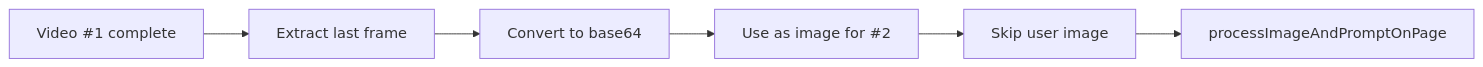
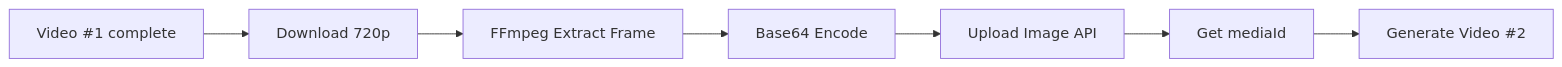
The seventh of 7 diagrams in 00 - Documentation/04_Workflows/WORKFLOW_TAB_02_IMAGE_TO_VIDEO.md (lynkvproerror/vadveopromax), drawn with Mermaid before and after one commit. The commit also changed other lines of this file and 107 other files, not shown here.

````diff
--- a/00 - Documentation/04_Workflows/WORKFLOW_TAB_02_IMAGE_TO_VIDEO.md
+++ b/00 - Documentation/04_Workflows/WORKFLOW_TAB_02_IMAGE_TO_VIDEO.md
@@ -331,8 +333,9 @@
 ```mermaid
 flowchart LR
-    A[Video #1 complete] --> B[Extract last frame]
-    B --> C[Convert to base64]
-    C --> D[Use as image for #2]
-    D --> E[Skip user image]
-    E --> F[processImageAndPromptOnPage]
+    A[Video #1 complete] --> B[Download 720p]
+    B --> C[FFmpeg Extract Frame]
+    C --> D[Base64 Encode]
+    D --> E[Upload Image API]
+    E --> F[Get mediaId]
+    F --> G[Generate Video #2]
 ```
````
